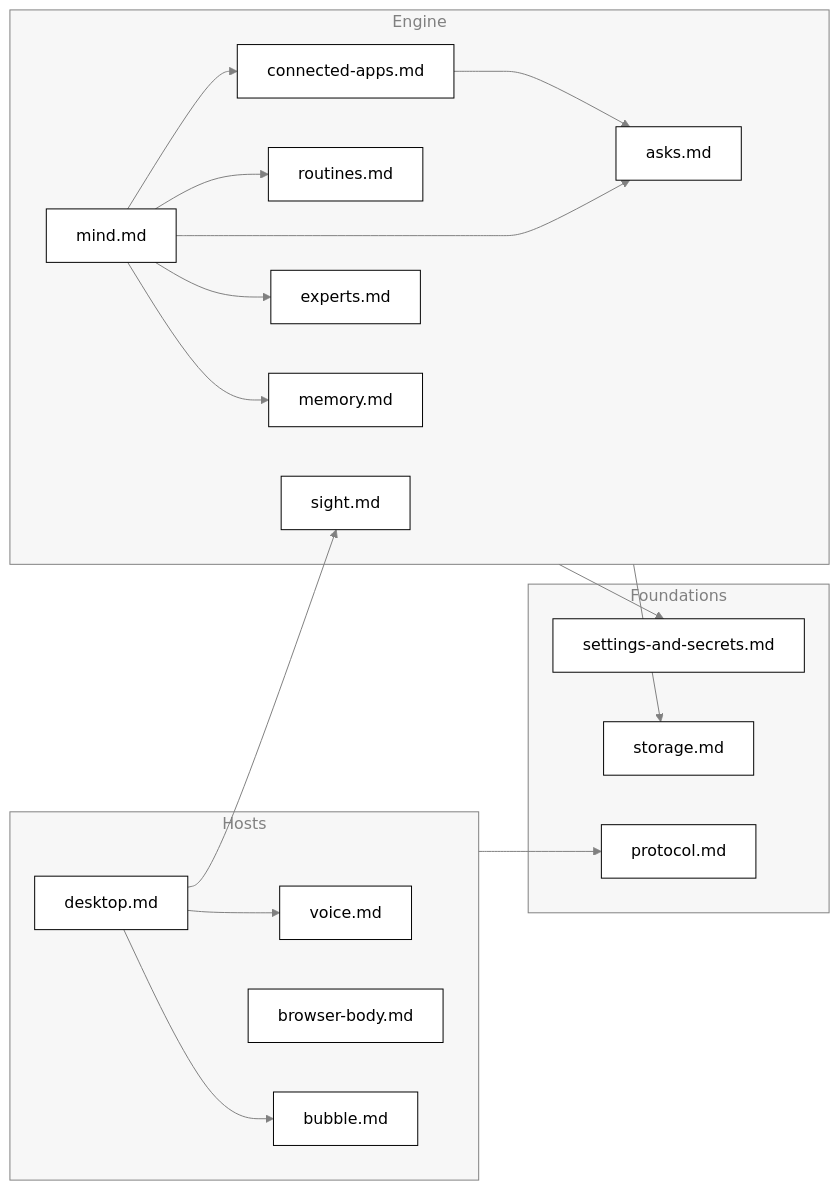
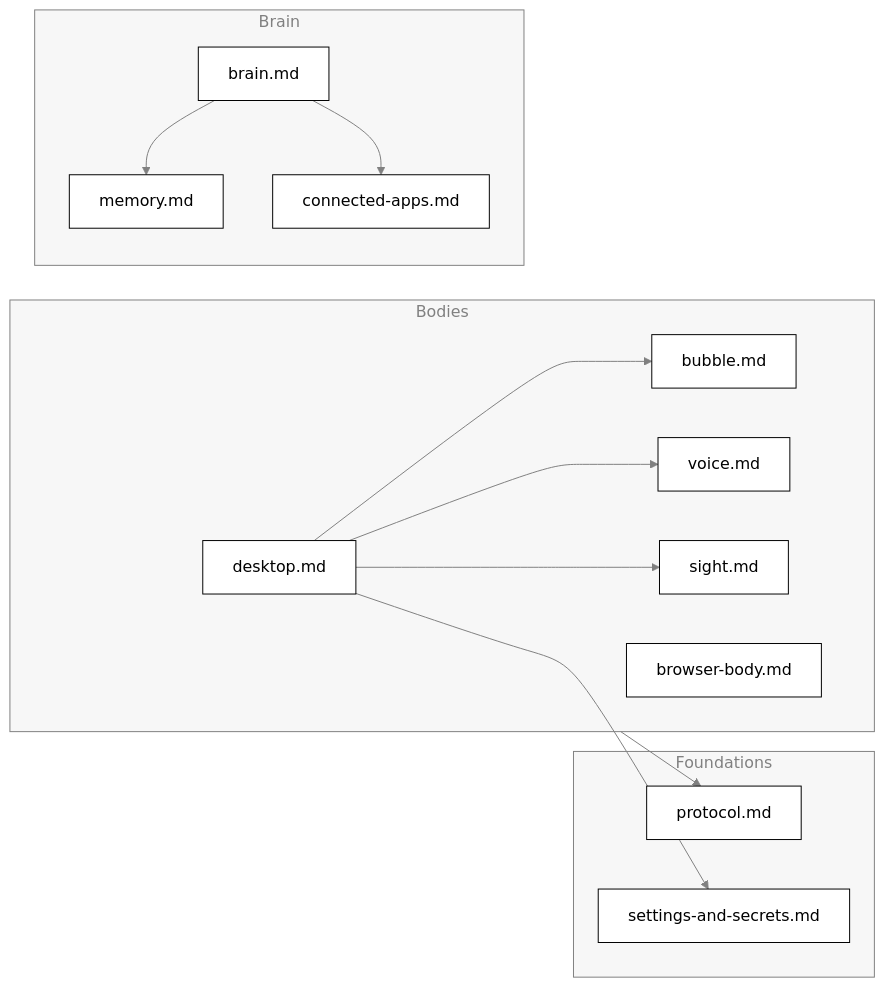
The third of 3 diagrams in docs/architecture.md (nadeem4/tagalong), drawn with Mermaid before and after one commit. The commit also changed other lines of this file and 362 other files, not shown here.

````diff
--- a/docs/architecture.md
+++ b/docs/architecture.md
@@ -322,36 +175,27 @@
 ```mermaid
 %%{init: {"theme": "base", "themeVariables": {"primaryColor": "#ffffff", "primaryTextColor": "#000000", "primaryBorderColor": "#000000", "lineColor": "#808080", "secondaryColor": "#f2f2f2", "tertiaryColor": "#ffffff", "clusterBkg": "#f7f7f7", "clusterBorder": "#808080", "edgeLabelBackground": "#ffffff", "titleColor": "#808080", "fontFamily": "Segoe UI, Helvetica, Arial, sans-serif"}}}%%
 flowchart LR
-  subgraph Hosts
+  subgraph Bodies
     DK["desktop.md"]
     BU["bubble.md"]
     VO["voice.md"]
+    SI["sight.md"]
     BX["browser-body.md"]
   end
-  subgraph Engine
-    SI["sight.md"]
-    MI["mind.md"]
+  subgraph Brain
+    BR["brain.md"]
     ME["memory.md"]
-    EX["experts.md"]
-    AS["asks.md"]
-    RO["routines.md"]
     CA["connected-apps.md"]
   end
   subgraph Foundations
     PR["protocol.md"]
     SS["settings-and-secrets.md"]
-    ST["storage.md"]
   end
   DK --> BU
   DK --> VO
   DK --> SI
-  MI --> ME
-  MI --> EX
-  MI --> AS
-  MI --> RO
-  MI --> CA
-  CA --> AS
-  Hosts --> PR
-  Engine --> ST
-  Engine --> SS
+  BR --> ME
+  BR --> CA
+  Bodies --> PR
+  DK --> SS
 ```
````
